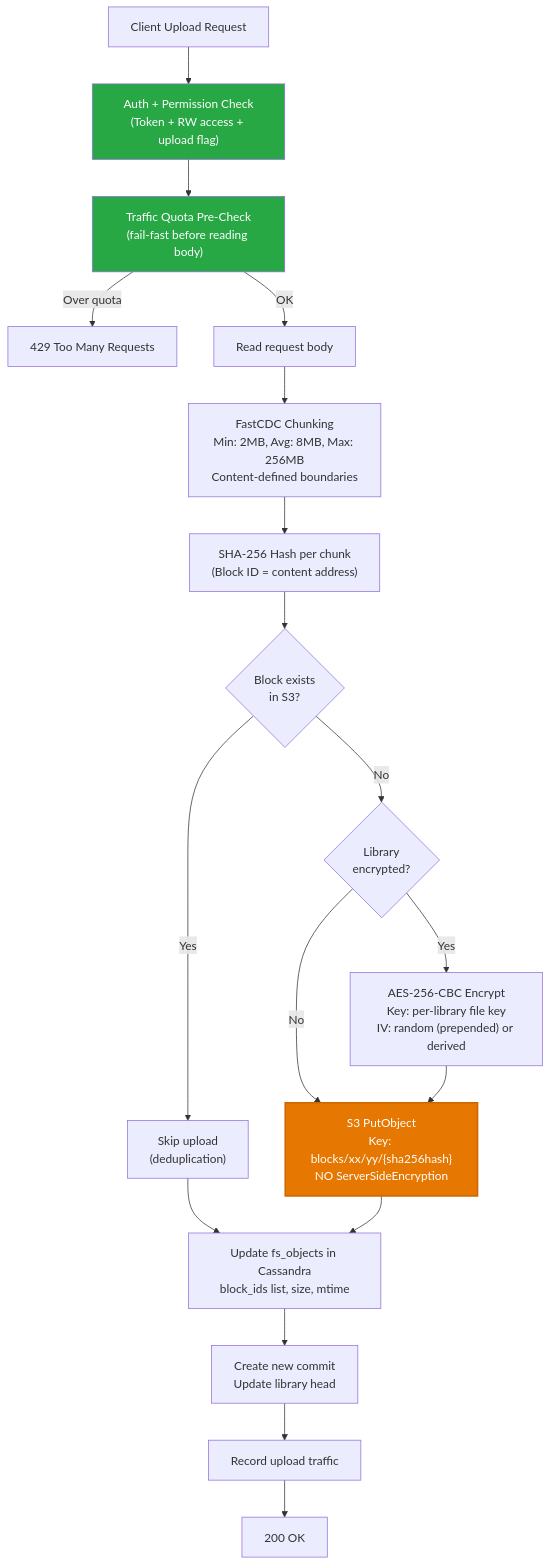
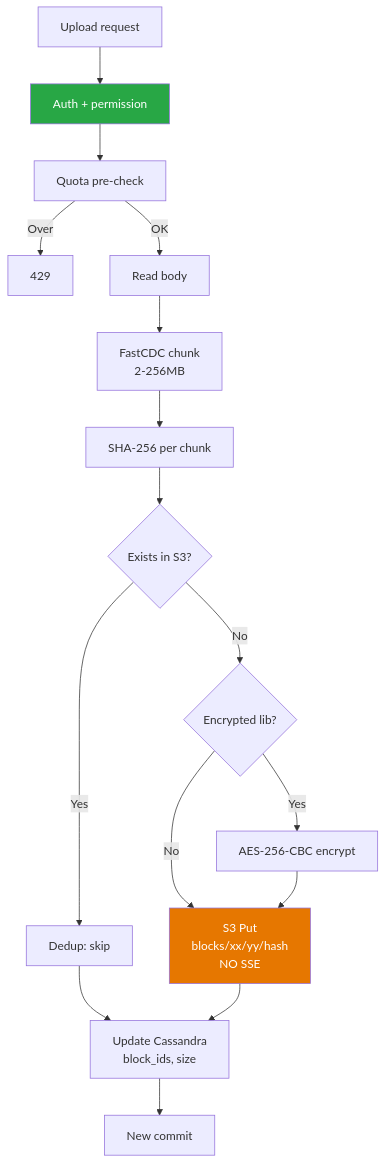
Before and after one commit to Sesame-Disk/cool-storage-api: the first of 4 diagrams in docs/diagrams/storage-layer.md, drawn with Mermaid. The commit also changed other lines of this file and 5 other files, not shown here.

Commit message:
Fix: mermaid diagram generator visibility. Adding diagrams and reviewing previous review fixes

````diff
--- a/docs/diagrams/storage-layer.md
+++ b/docs/diagrams/storage-layer.md
@@ -5,29 +5,22 @@
 ```mermaid
 flowchart TD
-    Client["Client Upload Request"] --> AuthCheck["Auth + Permission Check<br/>(Token + RW access + upload flag)"]
-    AuthCheck --> QuotaCheck["Traffic Quota Pre-Check<br/>(fail-fast before reading body)"]
-    QuotaCheck -->|"Over quota"| Reject429["429 Too Many Requests"]
-    QuotaCheck -->|"OK"| ReadBody["Read request body"]
+    Upload["Upload request"]
+    Upload --> Auth["Auth + permission"]
+    Auth --> Quota["Quota pre-check"]
+    Quota -->|Over| R429["429"]
+    Quota -->|OK| Read["Read body"]
+    Read --> Chunk["FastCDC chunk<br/>2-256MB"]
+    Chunk --> Hash["SHA-256 per chunk"]
+    Hash --> Exists{"Exists in S3?"}
+    Exists -->|Yes| Skip["Dedup: skip"]
+    Exists -->|No| Enc{"Encrypted lib?"}
+    Enc -->|Yes| AES["AES-256-CBC encrypt"]
+    Enc -->|No| Put
+    AES --> Put["S3 Put<br/>blocks/xx/yy/hash<br/>NO SSE"]
+    Skip --> Meta["Update Cassandra<br/>block_ids, size"]
+    Put --> Meta
+    Meta --> Commit["New commit"]
 
-    ReadBody --> Chunking["FastCDC Chunking<br/>Min: 2MB, Avg: 8MB, Max: 256MB<br/>Content-defined boundaries"]
-    Chunking --> HashBlock["SHA-256 Hash per chunk<br/>(Block ID = content address)"]
-
-    HashBlock --> DedupCheck{"Block exists<br/>in S3?"}
-    DedupCheck -->|"Yes"| SkipUpload["Skip upload<br/>(deduplication)"]
-    DedupCheck -->|"No"| EncryptCheck{"Library<br/>encrypted?"}
-
-    EncryptCheck -->|"Yes"| EncryptBlock["AES-256-CBC Encrypt<br/>Key: per-library file key<br/>IV: random (prepended) or derived"]
-    EncryptCheck -->|"No"| S3Put
-
-    EncryptBlock --> S3Put["S3 PutObject<br/>Key: blocks/xx/yy/{sha256hash}<br/>NO ServerSideEncryption"]
-
-    SkipUpload --> UpdateFS["Update fs_objects in Cassandra<br/>block_ids list, size, mtime"]
-    S3Put --> UpdateFS
-    UpdateFS --> UpdateCommit["Create new commit<br/>Update library head"]
-    UpdateCommit --> RecordTraffic["Record upload traffic"]
-    RecordTraffic --> Response["200 OK"]
-
-    style S3Put fill:#e67700,color:#fff,stroke:#cc6600,stroke-width:2px
-    style QuotaCheck fill:#28a745,color:#fff
-    style AuthCheck fill:#28a745,color:#fff
+    style Put fill:#e67700,color:#fff
+    style Auth fill:#28a745,color:#fff
 ```
````
